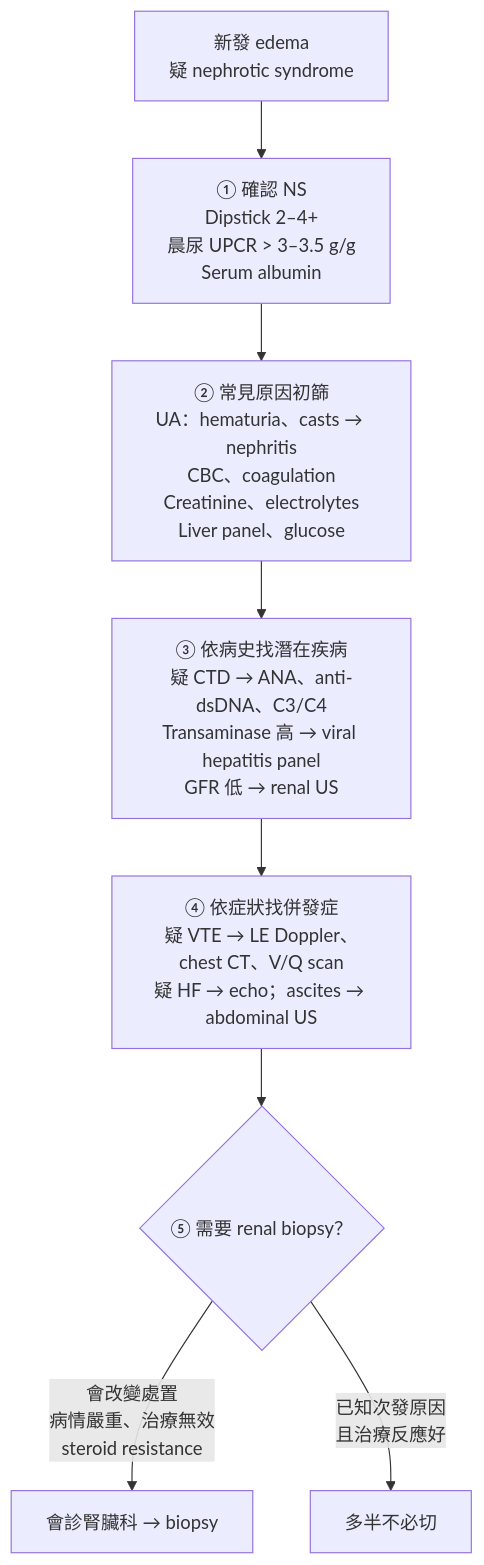
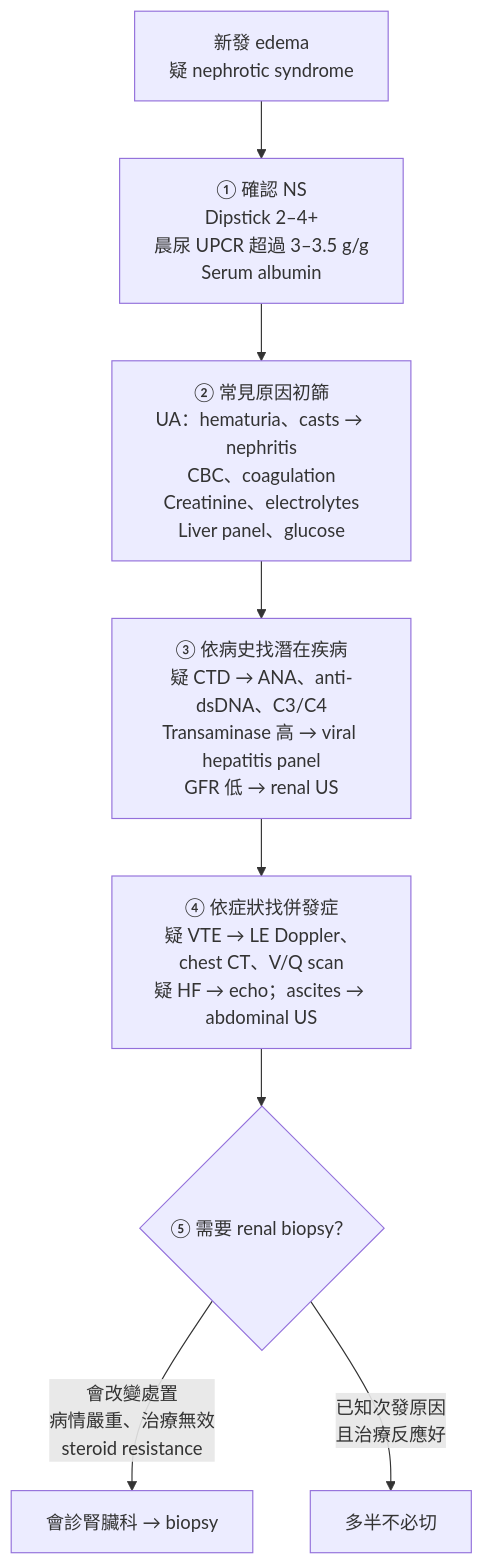
One commit to youngmd-notes/youngmd-notes.github.io changed the diagram in content/nephrology/nephrotic-syndrome.md. Above: the diagram before and after it, drawn with Mermaid.

Commit message:
腎病症候群：修正診斷流程圖的特殊符號
Claude-Session: https://claude.ai/code/session_01SrqyQjp28gUXWFhSCDcYVk

````diff
--- a/content/nephrology/nephrotic-syndrome.md
+++ b/content/nephrology/nephrotic-syndrome.md
@@ -79,11 +79,11 @@
 ```mermaid
 flowchart TD
     A["新發 edema<br/>疑 nephrotic syndrome"] --> S1
-    S1["① 確認 NS<br/>Dipstick 2–4+<br/>晨尿 UPCR > 3–3.5 g/g<br/>Serum albumin"] --> S2
+    S1["① 確認 NS<br/>Dipstick 2–4+<br/>晨尿 UPCR 超過 3–3.5 g/g<br/>Serum albumin"] --> S2
     S2["② 常見原因初篩<br/>UA：hematuria、casts → nephritis<br/>CBC、coagulation<br/>Creatinine、electrolytes<br/>Liver panel、glucose"] --> S3
     S3["③ 依病史找潛在疾病<br/>疑 CTD → ANA、anti-dsDNA、C3/C4<br/>Transaminase 高 → viral hepatitis panel<br/>GFR 低 → renal US"] --> S4
     S4["④ 依症狀找併發症<br/>疑 VTE → LE Doppler、chest CT、V/Q scan<br/>疑 HF → echo；ascites → abdominal US"] --> S5
     S5{"⑤ 需要 renal biopsy？"}
     S5 -->|"會改變處置<br/>病情嚴重、治療無效<br/>steroid resistance"| B["會診腎臟科 → biopsy"]
     S5 -->|"已知次發原因<br/>且治療反應好"| C["多半不必切"]
 ```
````
